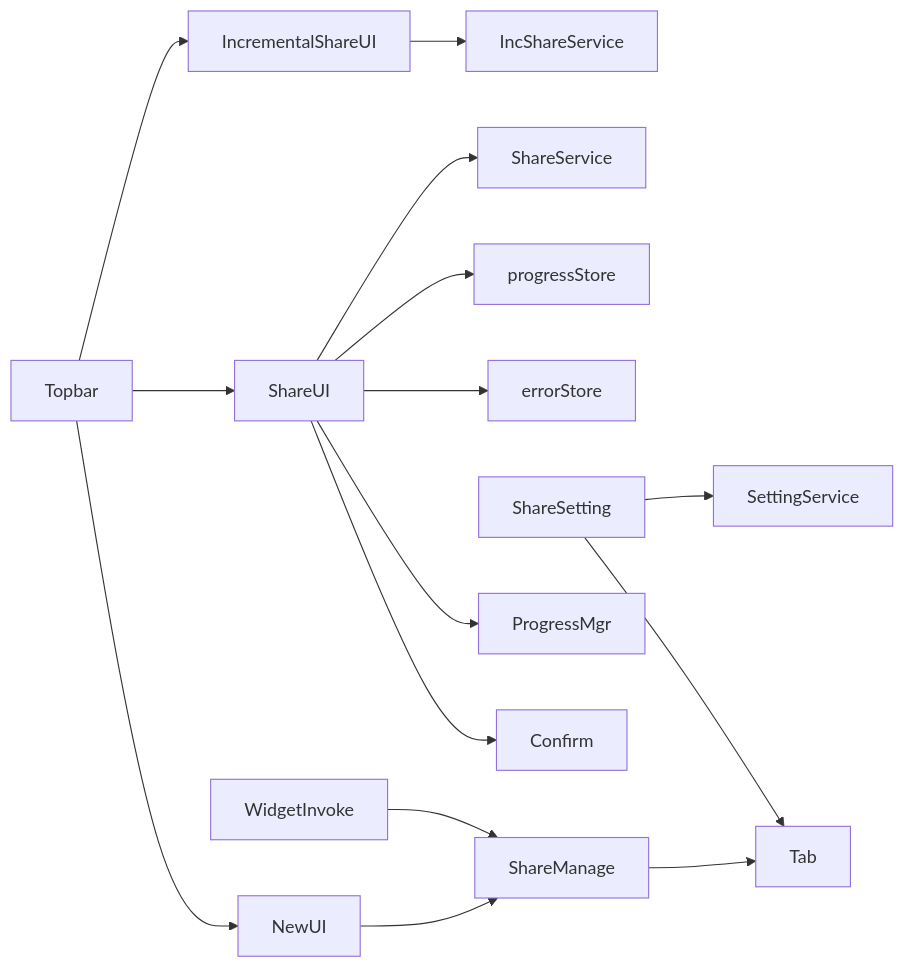
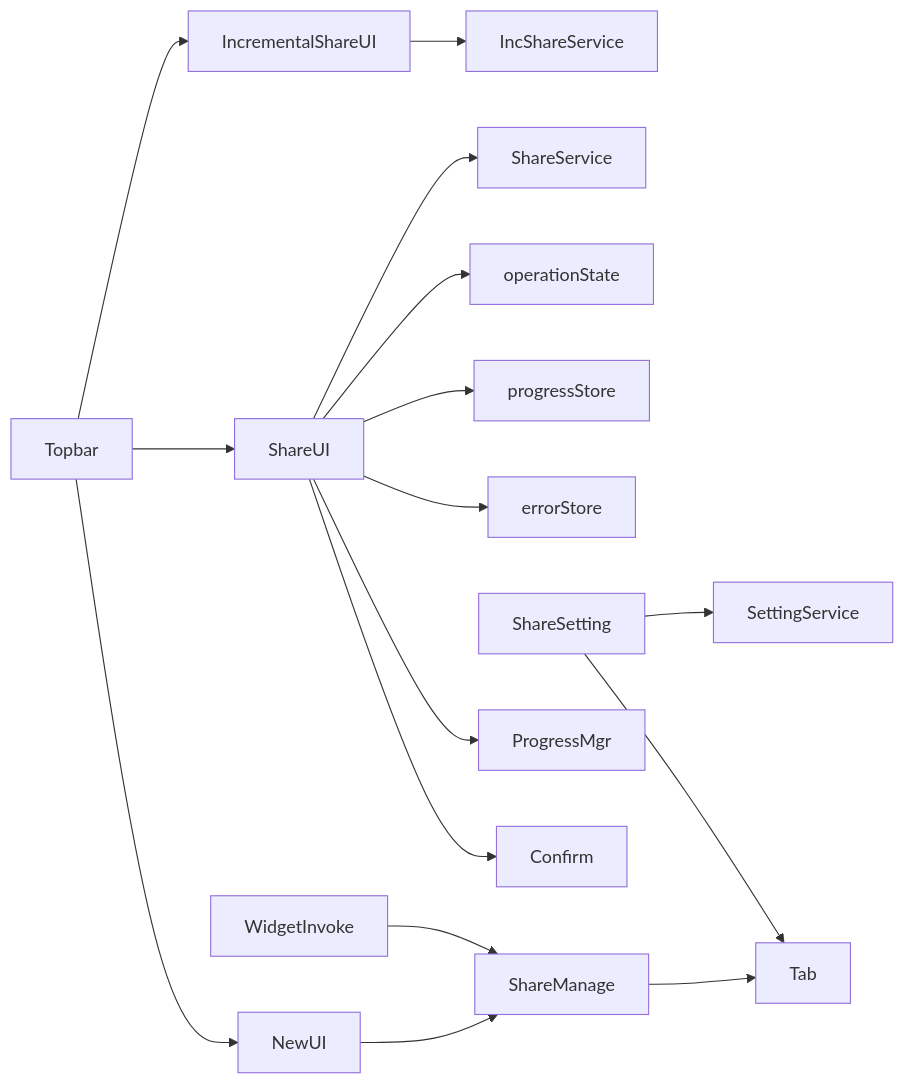
Before and after one commit to terwerinc/siyuan-plugin-share-pro: the ninth of 9 diagrams in .qoder/repowiki/zh/content/架构设计/UI组件架构/UI组件架构.md, drawn with Mermaid. The commit also changed other lines of this file and 5 other files, not shown here.

Commit message:
docs(UI组件架构): enhance ShareUI with operationState, dropdown, and error isolation

````diff
--- a/.qoder/repowiki/zh/content/架构设计/UI组件架构/UI组件架构.md
+++ b/.qoder/repowiki/zh/content/架构设计/UI组件架构/UI组件架构.md
@@ -427,17 +477,18 @@
 ```mermaid
 graph LR
 ShareUI --> Confirm
 ShareUI --> ProgressMgr
 ShareUI --> errorStore
 ShareUI --> progressStore
+ShareUI --> operationState
 ShareSetting --> Tab
 ShareManage --> Tab
 ShareUI --> ShareService
 IncrementalShareUI --> IncShareService
 ShareSetting --> SettingService
 WidgetInvoke --> ShareManage
 Topbar --> NewUI
 Topbar --> ShareUI
 Topbar --> IncrementalShareUI
 NewUI --> ShareManage
 ```
````
